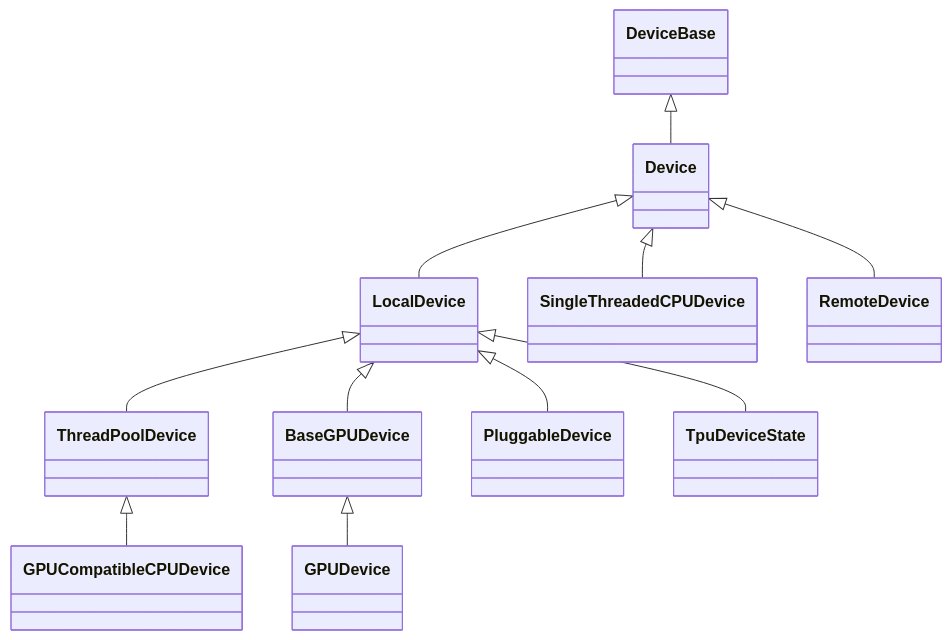
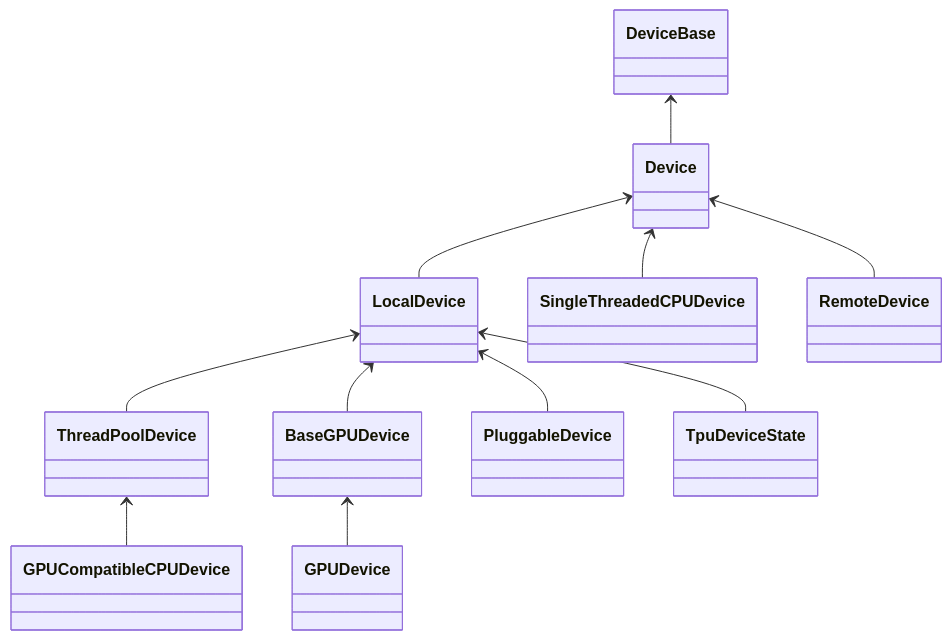
Before and after one commit to szkang1990/blog: the first of 2 diagrams in tensorflow源码精读/tensorflow源码精读之Device.md, drawn with Mermaid. The commit also changed other lines of this file, not shown here.

Commit message:
add logs

````diff
--- a/tensorflow源码精读/tensorflow源码精读之Device.md
+++ b/tensorflow源码精读/tensorflow源码精读之Device.md
@@ -7,14 +7,14 @@
 ```mermaid
 
 classDiagram
-  DeviceBase <|--Device
-  Device <|--LocalDevice
-  Device <|--SingleThreadedCPUDevice
-  Device <|--RemoteDevice
-  LocalDevice <|--ThreadPoolDevice
-  LocalDevice <|--BaseGPUDevice
-  LocalDevice <|--PluggableDevice
-  LocalDevice <|--TpuDeviceState
-  BaseGPUDevice <|--GPUDevice
-  ThreadPoolDevice <|--GPUCompatibleCPUDevice
+  DeviceBase <--Device
+  Device <--LocalDevice
+  Device <--SingleThreadedCPUDevice
+  Device <--RemoteDevice
+  LocalDevice <--ThreadPoolDevice
+  LocalDevice <--BaseGPUDevice
+  LocalDevice <--PluggableDevice
+  LocalDevice <--TpuDeviceState
+  BaseGPUDevice <--GPUDevice
+  ThreadPoolDevice <--GPUCompatibleCPUDevice
 ```
````
